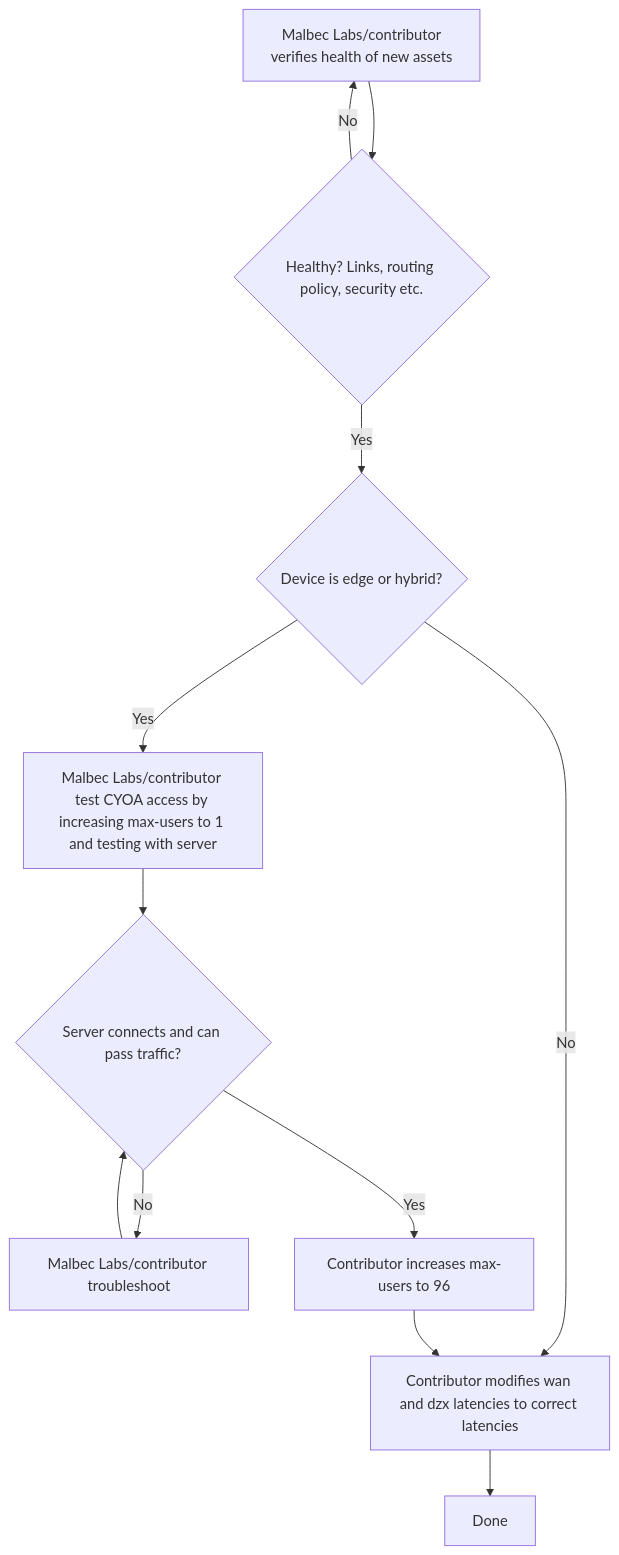
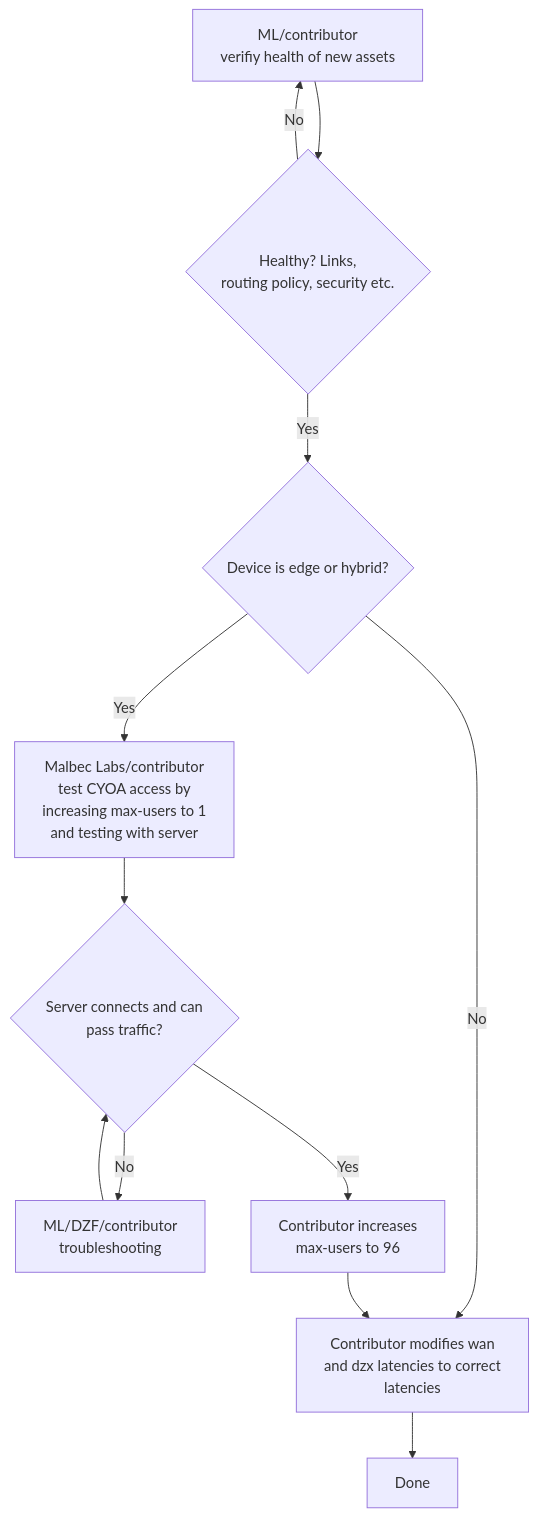
One commit to malbeclabs/doublezero changed the third of 3 diagrams in rfcs/rfcX-network-provisioning.md. Above: the diagram before and after it, drawn with Mermaid. The commit also changed other lines of this file, not shown here.

````diff
--- a/rfcs/rfcX-network-provisioning.md
+++ b/rfcs/rfcX-network-provisioning.md
@@ -105,16 +92,16 @@
 ```mermaid
 %%{init: {"themeVariables": {"fontSize": "16px"}, "flowchart": {"curve": "basis", "htmlLabels": true}, "scale": 1.5}}%%
 flowchart TD
-  O[Malbec Labs/contributor<br>verifies health of new assets]
-  O --> P{Healthy? Links, routing policy, security etc.}
+  O[ML/contributor<br>verifiy health of new assets]
+  O --> P{Healthy? Links,<br> routing policy, security etc.}
   P -- No --> O
   P -- Yes --> Q{Device is edge or hybrid?}
   Q -- No --> U
-  Q -- Yes --> R[Malbec Labs/contributor test CYOA access by increasing max-users to 1 and testing with server]
-  R --> S{Server connects and can pass traffic?}
-  S -- No --> S.1[Malbec Labs/contributor troubleshoot]
+  Q -- Yes --> R[Malbec Labs/contributor<br> test CYOA access by<br> increasing max-users to 1<br> and testing with server]
+  R --> S{Server connects and can<br> pass traffic?}
+  S -- No --> S.1[ML/DZF/contributor<br> troubleshooting]
   S.1 --> S
-  S -- Yes --> T[Contributor increases max-users to 96]
-  T --> U[Contributor modifies wan and dzx latencies to correct latencies]
+  S -- Yes --> T[Contributor increases<br> max-users to 96]
+  T --> U[Contributor modifies wan<br> and dzx latencies to correct<br>latencies]
   U --> Z[Done]
 ```
````
